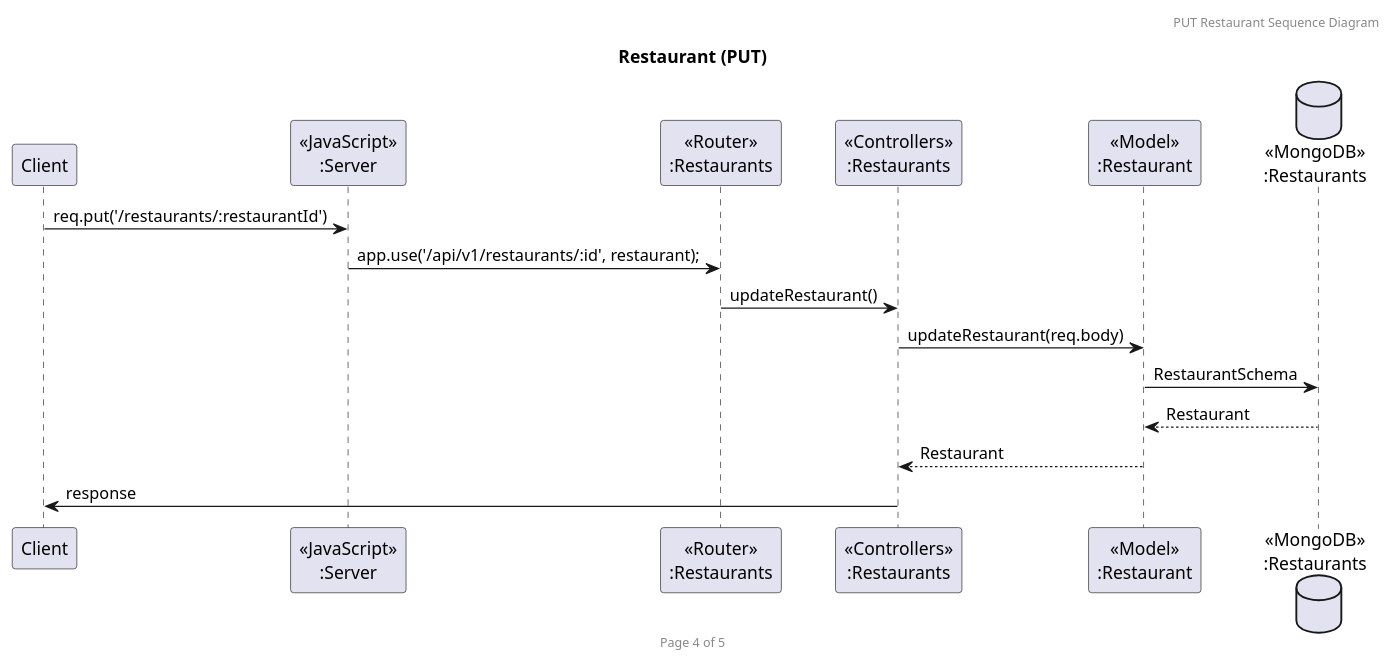
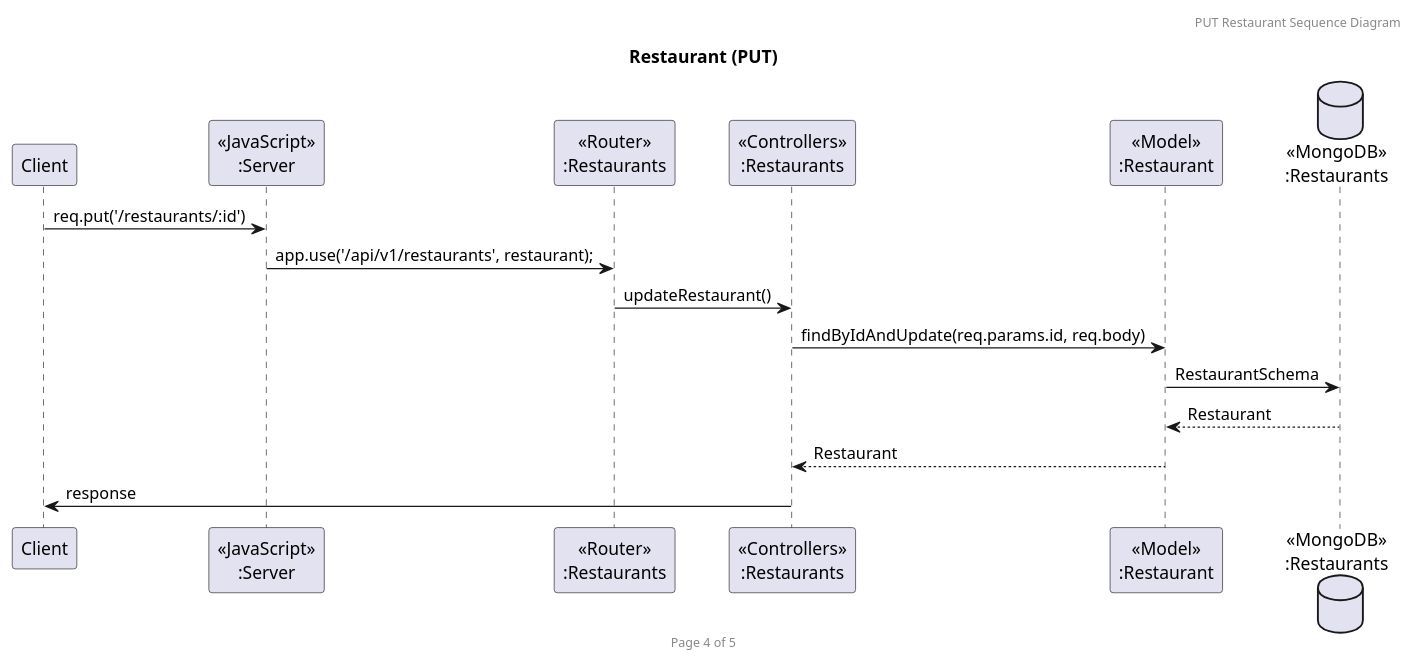
The diagram in Sequence Diagram/Restaurant/RestaurantPut.puml (marshmeowllo/RestaurantReservation), drawn with PlantUML before and after one commit. The commit also changed 12 other files, not shown here.

```diff
--- a/Sequence Diagram/Restaurant/RestaurantPut.puml
+++ b/Sequence Diagram/Restaurant/RestaurantPut.puml
@@ -1,23 +1,23 @@
 @startuml Restautants (PUT)
 
 header PUT Restaurant Sequence Diagram
 footer Page 4 of 5
 title "Restaurant (PUT)"
 
 participant "Client" as client
 participant "<<JavaScript>>\n:Server" as server
 participant "<<Router>>\n:Restaurants" as routerRestaurants
 participant "<<Controllers>>\n:Restaurants" as controllersRestaurants
 participant "<<Model>>\n:Restaurant" as modelRestaurants
 database "<<MongoDB>>\n:Restaurants" as RestaurantDatabase
 
-client->server: req.put('/restaurants/:restaurantId')
-server->routerRestaurants: app.use('/api/v1/restaurants/:id', restaurant);
+client->server: req.put('/restaurants/:id')
+server->routerRestaurants: app.use('/api/v1/restaurants', restaurant);
 routerRestaurants->controllersRestaurants: updateRestaurant()
-controllersRestaurants->modelRestaurants: updateRestaurant(req.body)
+controllersRestaurants->modelRestaurants: findByIdAndUpdate(req.params.id, req.body)
 modelRestaurants->RestaurantDatabase: RestaurantSchema
 RestaurantDatabase-->modelRestaurants: Restaurant
 controllersRestaurants<--modelRestaurants: Restaurant
 controllersRestaurants->client: response
 
 @enduml
```
